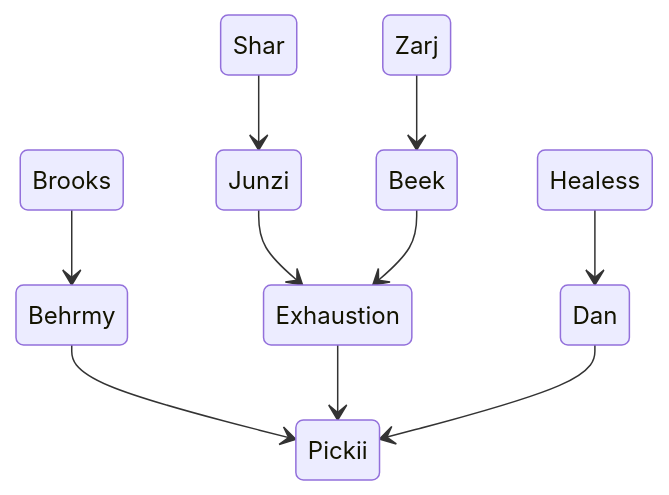
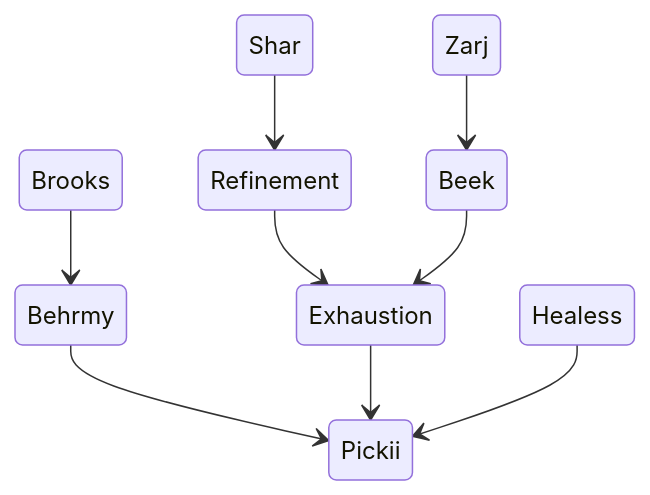
One commit to leemWF/READMEVault changed the fourth of 11 diagrams in wepulled/swp/README.md. Above: the diagram before and after it, drawn with Mermaid. The commit also changed other lines of this file, not shown here.

````diff
--- a/wepulled/swp/README.md
+++ b/wepulled/swp/README.md
@@ -83,23 +83,23 @@
 ```mermaid
 stateDiagram-v2
     t2: Pickii
     h4: Behrmy
     h5: Exhaustion
     h6: Healess
     rr1: Shar
-    rr2: Dan
-    rr3: Junzi
+    
+    rr3: Refinement
     rr4: Beek
     rr5: Brooks
     rr6: Zarj
     
     rr5 --> h4
     h4 --> t2
     h5 --> t2
-    h6 --> rr2
+    h6 --> t2
     rr1 --> rr3
-    rr2 --> t2
+    
     rr3 --> h5
     rr4 --> h5
     rr6 --> rr4
 ```
````
